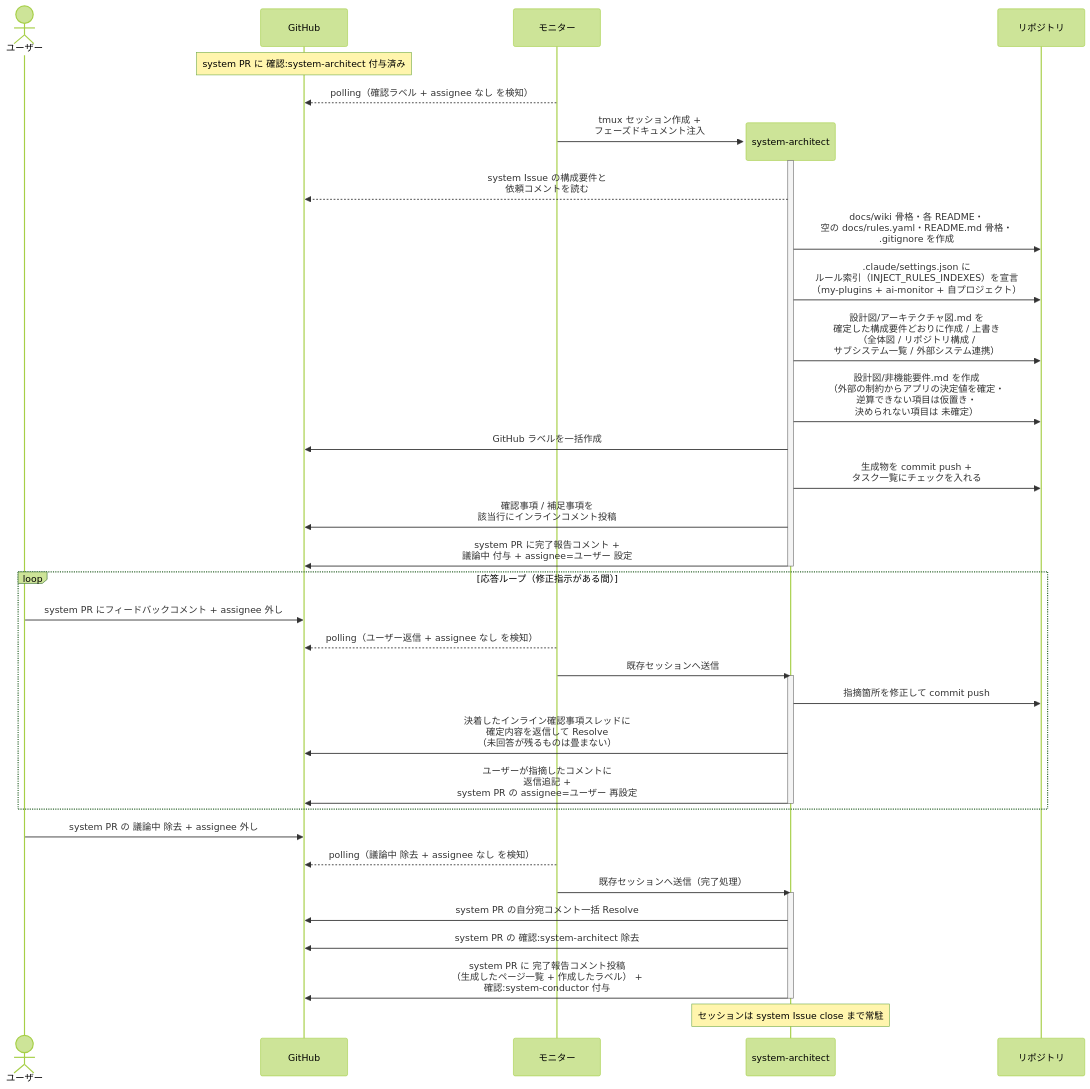
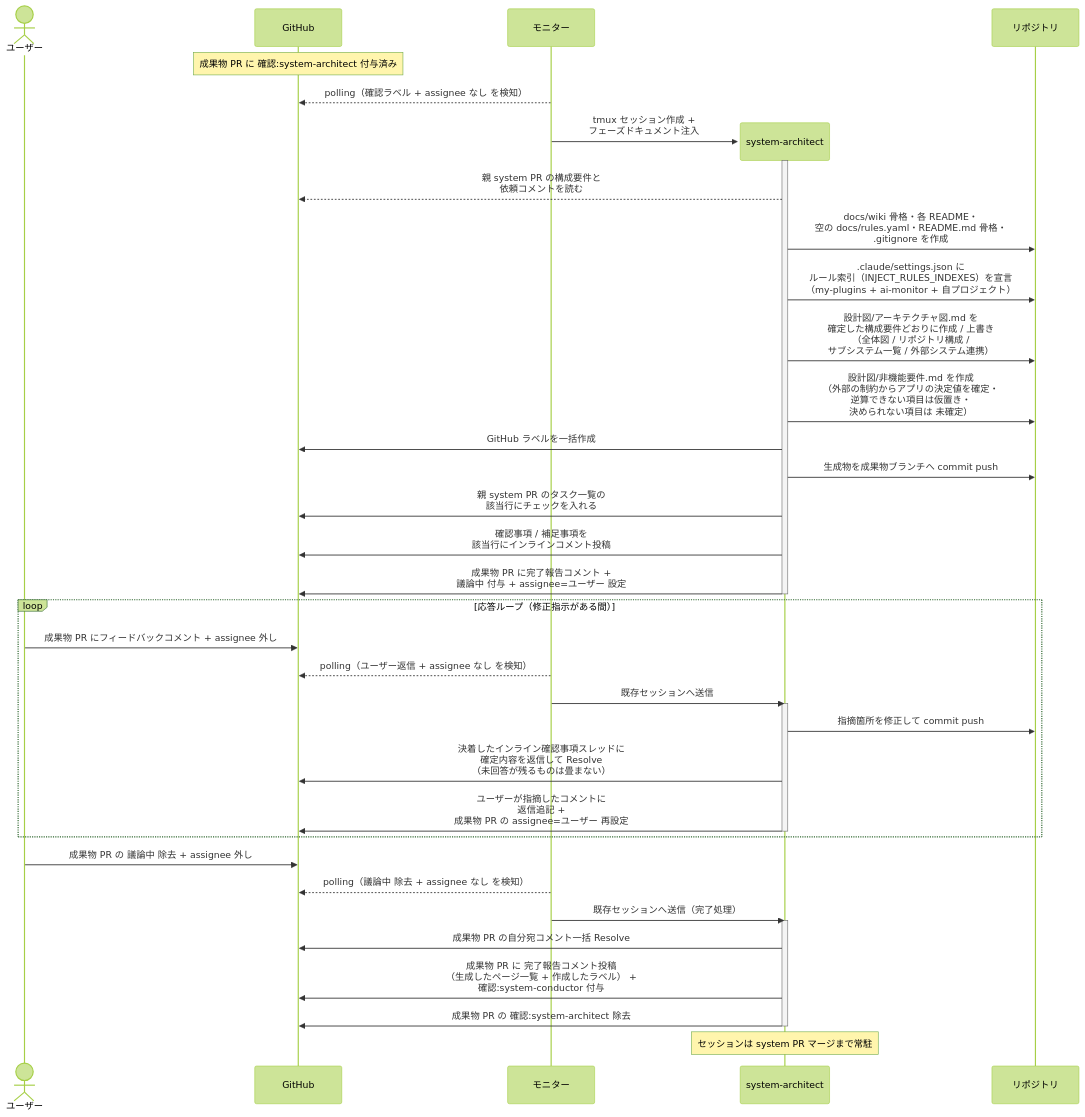
The diagram in docs/wiki/設計図/シナリオ/単一ユースケース/システム土台生成.md (shuhei1101/ai-monitor), drawn with Mermaid (forest theme) before and after one commit. The commit also changed other lines of this file and 256 other files, not shown here.

````diff
--- a/docs/wiki/設計図/シナリオ/単一ユースケース/システム土台生成.md
+++ b/docs/wiki/設計図/シナリオ/単一ユースケース/システム土台生成.md
@@ -28,44 +28,45 @@
 ```mermaid
 sequenceDiagram
   actor U as ユーザー
   participant GH as GitHub
   participant ORC as モニター
 
-  Note over GH: system PR に 確認:system-architect 付与済み
+  Note over GH: 成果物 PR に 確認:system-architect 付与済み
   ORC-->>GH: polling（確認ラベル + assignee なし を検知）
   create participant MON as system-architect
   ORC->>MON: tmux セッション作成 +<br>フェーズドキュメント注入
   activate MON
   participant REPO as リポジトリ
-  MON-->>GH: system Issue の構成要件と<br>依頼コメントを読む
+  MON-->>GH: 親 system PR の構成要件と<br>依頼コメントを読む
   MON->>REPO: docs/wiki 骨格・各 README・<br>空の docs/rules.yaml・README.md 骨格・<br>.gitignore を作成
   MON->>REPO: .claude/settings.json に<br>ルール索引（INJECT_RULES_INDEXES）を宣言<br>（my-plugins + ai-monitor + 自プロジェクト）
   MON->>REPO: 設計図/アーキテクチャ図.md を<br>確定した構成要件どおりに作成 / 上書き<br>（全体図 / リポジトリ構成 /<br>サブシステム一覧 / 外部システム連携）
   MON->>REPO: 設計図/非機能要件.md を作成<br>（外部の制約からアプリの決定値を確定・<br>逆算できない項目は仮置き・<br>決められない項目は 未確定）
   MON->>GH: GitHub ラベルを一括作成
-  MON->>REPO: 生成物を commit push +<br>タスク一覧にチェックを入れる
+  MON->>REPO: 生成物を成果物ブランチへ commit push
+  MON->>GH: 親 system PR のタスク一覧の<br>該当行にチェックを入れる
   MON->>GH: 確認事項 / 補足事項を<br>該当行にインラインコメント投稿
-  MON->>GH: system PR に完了報告コメント +<br>議論中 付与 + assignee=ユーザー 設定
+  MON->>GH: 成果物 PR に完了報告コメント +<br>議論中 付与 + assignee=ユーザー 設定
   deactivate MON
 
   loop 応答ループ（修正指示がある間）
-    U->>GH: system PR にフィードバックコメント + assignee 外し
+    U->>GH: 成果物 PR にフィードバックコメント + assignee 外し
     ORC-->>GH: polling（ユーザー返信 + assignee なし を検知）
     ORC->>MON: 既存セッションへ送信
     activate MON
     MON->>REPO: 指摘箇所を修正して commit push
     MON->>GH: 決着したインライン確認事項スレッドに<br>確定内容を返信して Resolve<br>（未回答が残るものは畳まない）
-    MON->>GH: ユーザーが指摘したコメントに<br>返信追記 +<br>system PR の assignee=ユーザー 再設定
+    MON->>GH: ユーザーが指摘したコメントに<br>返信追記 +<br>成果物 PR の assignee=ユーザー 再設定
     deactivate MON
   end
 
-  U->>GH: system PR の 議論中 除去 + assignee 外し
+  U->>GH: 成果物 PR の 議論中 除去 + assignee 外し
   ORC-->>GH: polling（議論中 除去 + assignee なし を検知）
   ORC->>MON: 既存セッションへ送信（完了処理）
   activate MON
-  MON->>GH: system PR の自分宛コメント一括 Resolve
-  MON->>GH: system PR の 確認:system-architect 除去
-  MON->>GH: system PR に 完了報告コメント投稿<br>（生成したページ一覧 + 作成したラベル） +<br>確認:system-conductor 付与
+  MON->>GH: 成果物 PR の自分宛コメント一括 Resolve
+  MON->>GH: 成果物 PR に 完了報告コメント投稿<br>（生成したページ一覧 + 作成したラベル） +<br>確認:system-conductor 付与
+  MON->>GH: 成果物 PR の 確認:system-architect 除去
   deactivate MON
-  Note over MON: セッションは system Issue close まで常駐
+  Note over MON: セッションは system PR マージまで常駐
 ```
````
